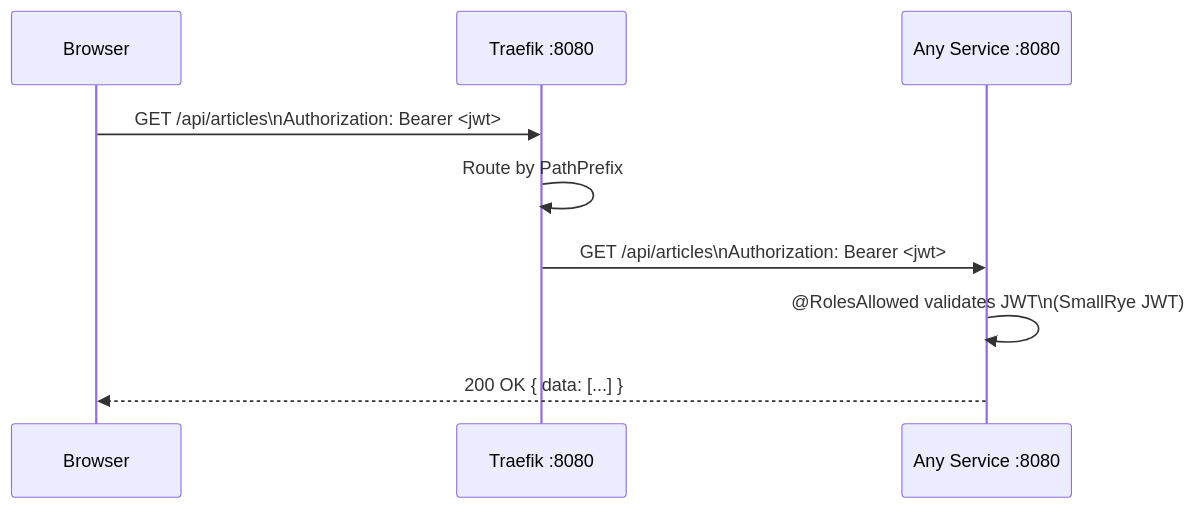
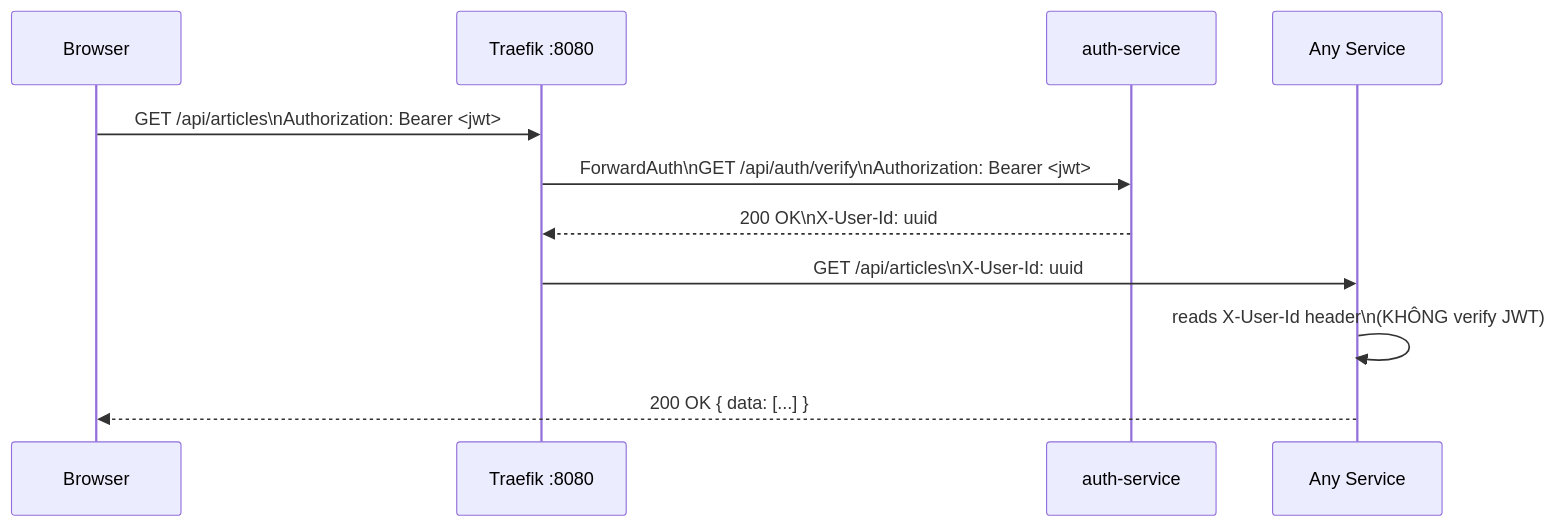
The second of 6 diagrams in specs/be-overview.md (nguyen-tri-nhan/mini-social-network), drawn with Mermaid before and after one commit. The commit also changed other lines of this file and 12 other files, not shown here.

````diff
--- a/specs/be-overview.md
+++ b/specs/be-overview.md
@@ -83,12 +123,14 @@
 ```mermaid
 sequenceDiagram
     participant FE as Browser
     participant GW as Traefik :8080
-    participant SVC as Any Service :8080
+    participant AS as auth-service
+    participant SVC as Any Service
 
     FE->>GW: GET /api/articles\nAuthorization: Bearer <jwt>
-    GW->>GW: Route by PathPrefix
-    GW->>SVC: GET /api/articles\nAuthorization: Bearer <jwt>
-    SVC->>SVC: @RolesAllowed validates JWT\n(SmallRye JWT)
+    GW->>AS: ForwardAuth\nGET /api/auth/verify\nAuthorization: Bearer <jwt>
+    AS-->>GW: 200 OK\nX-User-Id: uuid
+    GW->>SVC: GET /api/articles\nX-User-Id: uuid
+    SVC->>SVC: reads X-User-Id header\n(KHÔNG verify JWT)
     SVC-->>FE: 200 OK { data: [...] }
 ```
````
